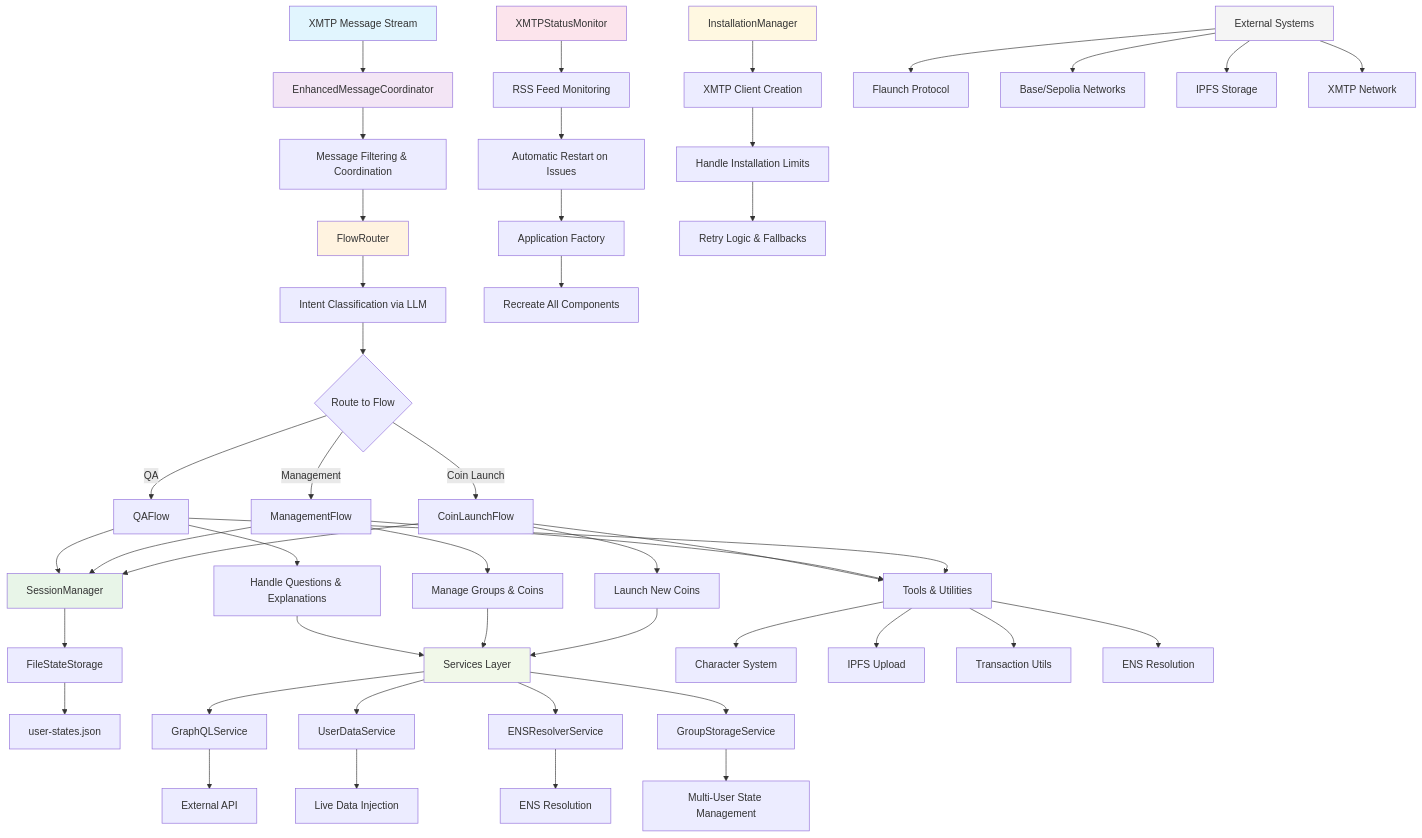
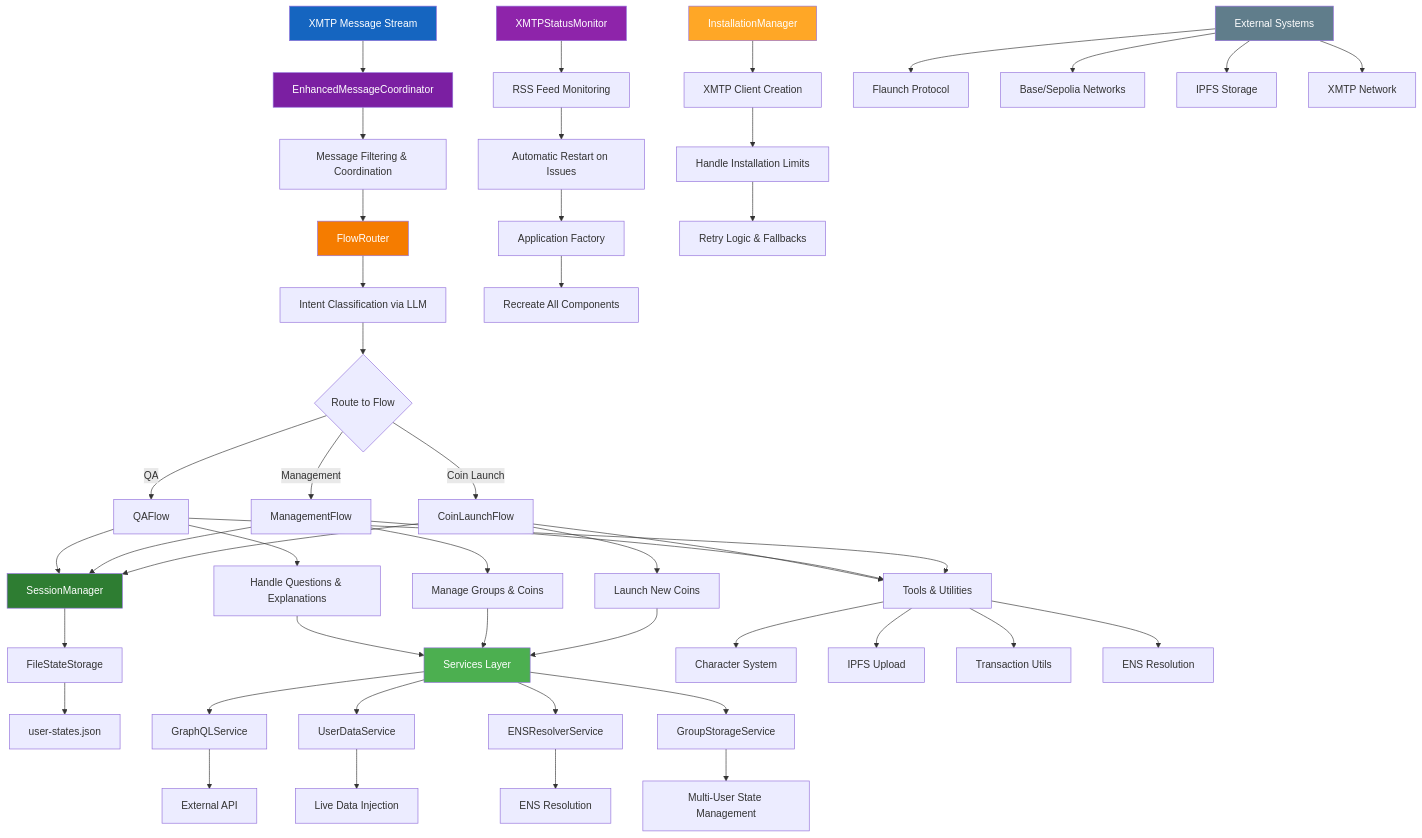
Before and after one commit to flayerlabs/xmtp-flaunchy: diagram 12 of 12 in SYSTEM_ARCHITECTURE.md, drawn with Mermaid. The commit also changed other lines of this file, not shown here.

Commit message:
update system architecture

````diff
--- a/SYSTEM_ARCHITECTURE.md
+++ b/SYSTEM_ARCHITECTURE.md
@@ -679,69 +750,69 @@
 ```mermaid
 graph TD
     A[XMTP Message Stream] --> B[EnhancedMessageCoordinator]
     B --> C[Message Filtering & Coordination]
     C --> D[FlowRouter]
     D --> E[Intent Classification via LLM]
     E --> F{Route to Flow}
 
     F -->|QA| G[QAFlow]
     F -->|Management| H[ManagementFlow]
     F -->|Coin Launch| I[CoinLaunchFlow]
 
     G --> J[Handle Questions & Explanations]
     H --> K[Manage Groups & Coins]
     I --> L[Launch New Coins]
 
     M[SessionManager] --> N[FileStateStorage]
     N --> O[user-states.json]
 
     P[Services Layer] --> Q[GraphQLService]
     P --> R[UserDataService]
     P --> S[ENSResolverService]
     P --> T[GroupStorageService]
 
     Q --> U[External API]
     R --> V[Live Data Injection]
     S --> W[ENS Resolution]
     T --> X[Multi-User State Management]
 
     Y[XMTPStatusMonitor] --> Z[RSS Feed Monitoring]
     Z --> AA[Automatic Restart on Issues]
     AA --> BB[Application Factory]
     BB --> CC[Recreate All Components]
 
     DD[InstallationManager] --> EE[XMTP Client Creation]
     EE --> FF[Handle Installation Limits]
     FF --> GG[Retry Logic & Fallbacks]
 
     G --> M
     H --> M
     I --> M
 
     J --> P
     K --> P
     L --> P
 
     HH[Tools & Utilities] --> II[Character System]
     HH --> JJ[IPFS Upload]
     HH --> KK[Transaction Utils]
     HH --> LL[ENS Resolution]
 
     I --> HH
     H --> HH
     G --> HH
 
     MM[External Systems] --> NN[Flaunch Protocol]
     MM --> OO[Base/Sepolia Networks]
     MM --> PP[IPFS Storage]
     MM --> QQ[XMTP Network]
 
-    style A fill:#e1f5fe
-    style B fill:#f3e5f5
-    style D fill:#fff3e0
-    style M fill:#e8f5e8
-    style P fill:#f1f8e9
-    style Y fill:#fce4ec
-    style DD fill:#fff8e1
-    style MM fill:#f5f5f5
+    style A fill:#1565C0,color:#ffffff
+    style B fill:#7B1FA2,color:#ffffff
+    style D fill:#F57C00,color:#ffffff
+    style M fill:#2E7D32,color:#ffffff
+    style P fill:#4CAF50,color:#ffffff
+    style Y fill:#8E24AA,color:#ffffff
+    style DD fill:#FFA726,color:#ffffff
+    style MM fill:#607D8B,color:#ffffff
 ```
````
